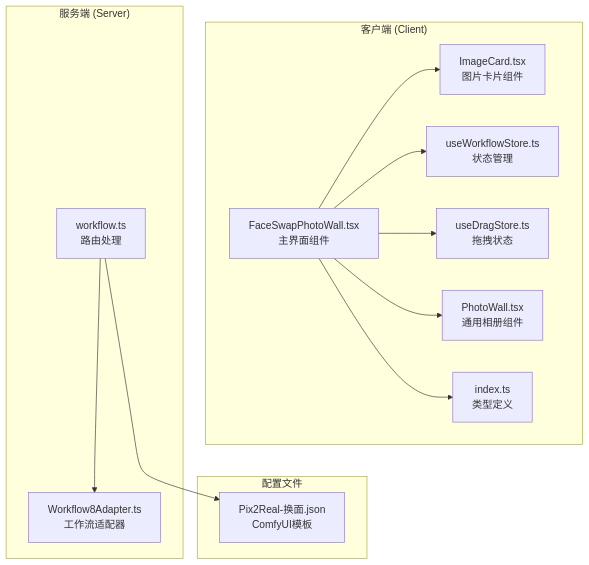
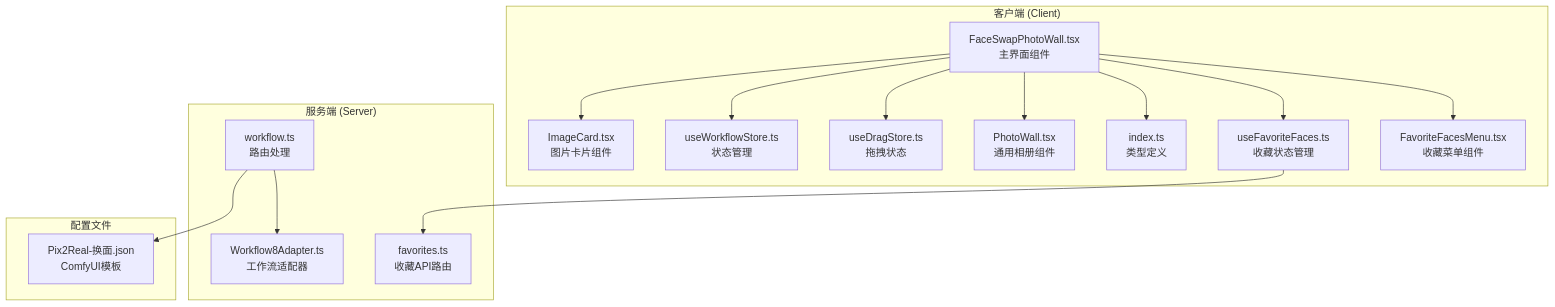
One commit to billye220670/CorineKit_Pix2Real changed the first of 9 diagrams in .qoder/repowiki/zh/content/专业功能/面部交换.md. Above: the diagram before and after it, drawn with Mermaid. The commit also changed other lines of this file and 73 other files, not shown here.

````diff
--- a/.qoder/repowiki/zh/content/专业功能/面部交换.md
+++ b/.qoder/repowiki/zh/content/专业功能/面部交换.md
@@ -37,25 +51,31 @@
 ```mermaid
 graph TB
 subgraph "客户端 (Client)"
 A[FaceSwapPhotoWall.tsx<br/>主界面组件]
 B[ImageCard.tsx<br/>图片卡片组件]
 C[useWorkflowStore.ts<br/>状态管理]
 D[useDragStore.ts<br/>拖拽状态]
 E[PhotoWall.tsx<br/>通用相册组件]
 F[index.ts<br/>类型定义]
+G[useFavoriteFaces.ts<br/>收藏状态管理]
+H[FavoriteFacesMenu.tsx<br/>收藏菜单组件]
 end
 subgraph "服务端 (Server)"
-G[workflow.ts<br/>路由处理]
-H[Workflow8Adapter.ts<br/>工作流适配器]
+I[workflow.ts<br/>路由处理]
+J[Workflow8Adapter.ts<br/>工作流适配器]
+K[favorites.ts<br/>收藏API路由]
 end
 subgraph "配置文件"
-I[Pix2Real-换面.json<br/>ComfyUI模板]
+L[Pix2Real-换面.json<br/>ComfyUI模板]
 end
 A --> B
 A --> C
 A --> D
 A --> E
 A --> F
-G --> H
-G --> I
+A --> G
+A --> H
+G --> K
+I --> J
+I --> L
 ```
````
